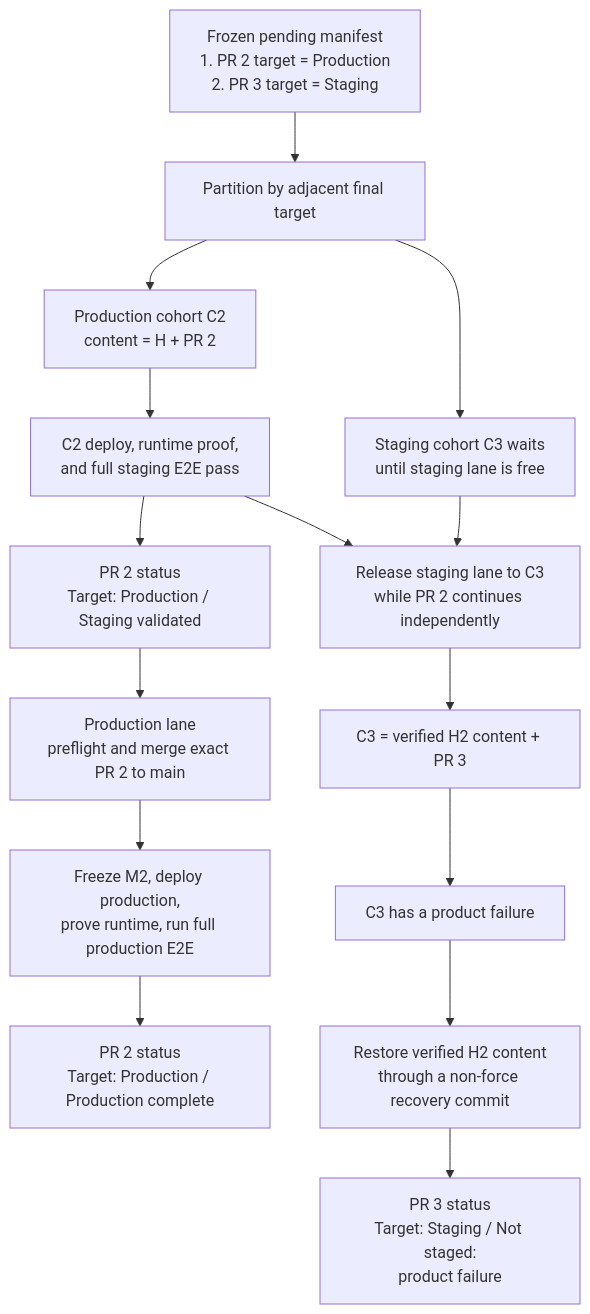
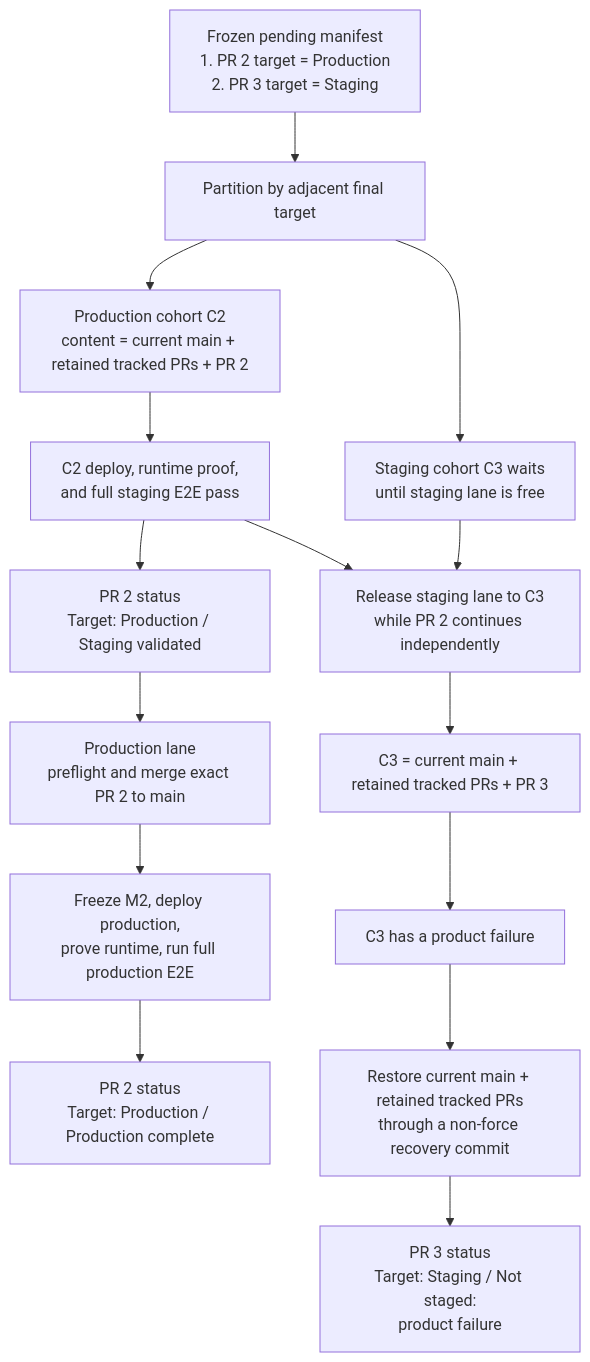
The first of 2 diagrams in docs/frontend/flows/04-mixed-targets-and-production-batching.md (6529-Collections/deploy-hub), drawn with Mermaid before and after one commit. The commit also changed other lines of this file and 11 other files, not shown here.

````diff
--- a/docs/frontend/flows/04-mixed-targets-and-production-batching.md
+++ b/docs/frontend/flows/04-mixed-targets-and-production-batching.md
@@ -9,17 +9,17 @@
 ```mermaid
 flowchart TD
     A["Frozen pending manifest<br/>1. PR 2 target = Production<br/>2. PR 3 target = Staging"] --> B["Partition by adjacent final target"]
-    B --> C["Production cohort C2<br/>content = H + PR 2"]
+    B --> C["Production cohort C2<br/>content = current main + retained tracked PRs + PR 2"]
     B --> D["Staging cohort C3 waits<br/>until staging lane is free"]
     C --> E["C2 deploy, runtime proof,<br/>and full staging E2E pass"]
     E --> F["PR 2 status<br/>Target: Production / Staging validated"]
     F --> G["Production lane<br/>preflight and merge exact PR 2 to main"]
     G --> H["Freeze M2, deploy production,<br/>prove runtime, run full production E2E"]
     H --> I["PR 2 status<br/>Target: Production / Production complete"]
     E --> J["Release staging lane to C3<br/>while PR 2 continues independently"]
     D --> J
-    J --> K["C3 = verified H2 content + PR 3"]
+    J --> K["C3 = current main + retained tracked PRs + PR 3"]
     K --> L["C3 has a product failure"]
-    L --> M["Restore verified H2 content<br/>through a non-force recovery commit"]
+    L --> M["Restore current main + retained tracked PRs<br/>through a non-force recovery commit"]
     M --> N["PR 3 status<br/>Target: Staging / Not staged:<br/>product failure"]
 ```
````
